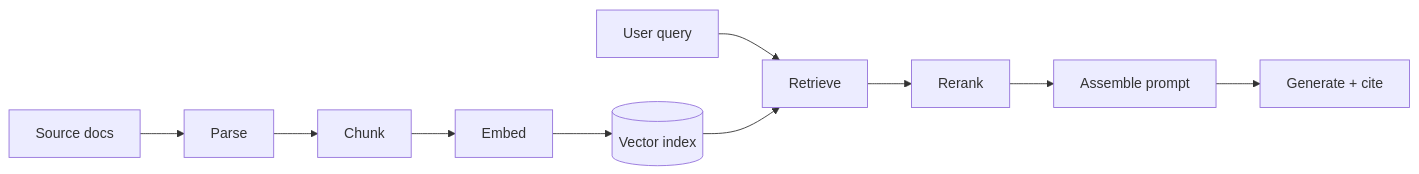
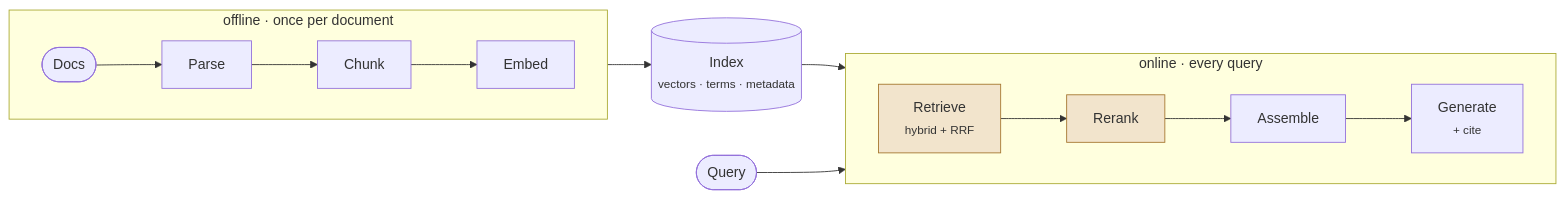
One commit to shaokiat/shaokiat-blog changed the diagram in docs/ml-engineering/rag/index.md. Above: the diagram before and after it, drawn with Mermaid. The commit also changed other lines of this file and 9 other files, not shown here.

First line of the commit message:
Expand RAG retrieval, split generation, convert code to diagrams

````diff
--- a/docs/ml-engineering/rag/index.md
+++ b/docs/ml-engineering/rag/index.md
@@ -37,12 +39,17 @@
 ```mermaid
 flowchart LR
-  A[Source docs] --> B[Parse]
-  B --> C[Chunk]
-  C --> D[Embed]
-  D --> E[(Vector index)]
-  F[User query] --> G[Retrieve]
-  E --> G
-  G --> H[Rerank]
-  H --> I[Assemble prompt]
-  I --> J[Generate + cite]
+    subgraph OFF ["offline · once per document"]
+        direction LR
+        A(["Docs"]) --> B["Parse"] --> C["Chunk"] --> D["Embed"]
+    end
+    D --> E[("Index<br/><small>vectors · terms · metadata</small>")]
+    subgraph ON ["online · every query"]
+        direction LR
+        G["Retrieve<br/><small>hybrid + RRF</small>"] --> H["Rerank"] --> I["Assemble"] --> J["Generate<br/><small>+ cite</small>"]
+    end
+    E --> G
+    F(["Query"]) --> G
+
+    classDef accent fill:#f2e4cc,stroke:#a5762f
+    class G,H accent
 ```
````
